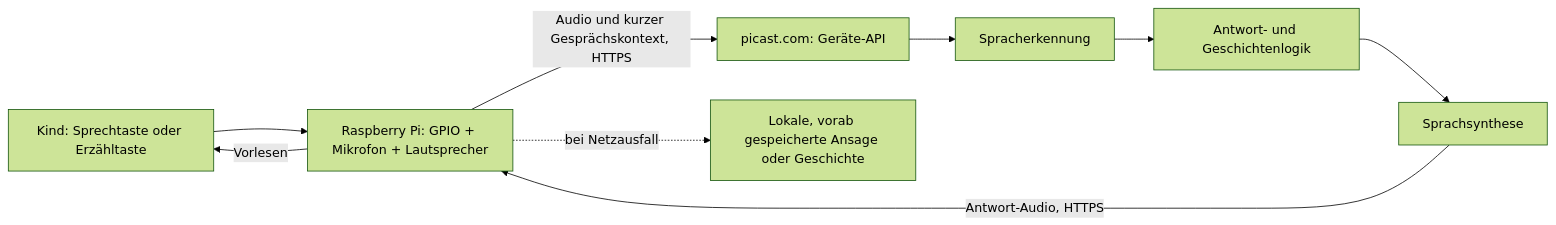
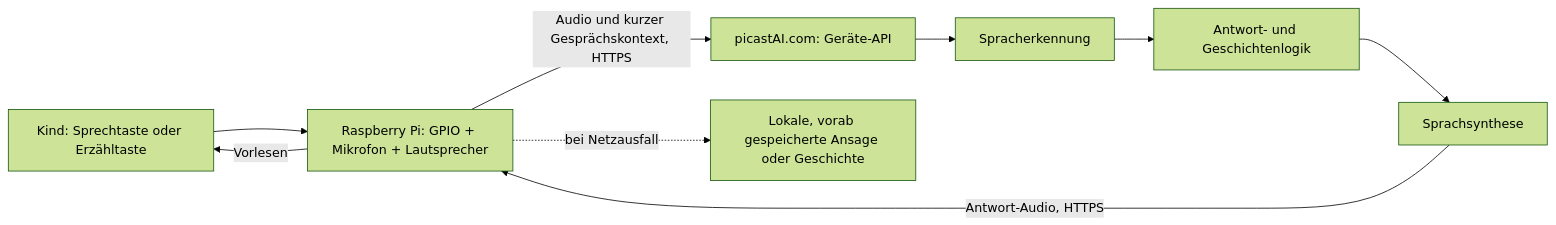
The diagram in docs/Ritter Kunibert – Softwarearchitektur für den Audio-Prototyp.md (manuelpicard/picastAI.com), drawn with Mermaid (forest theme) before and after one commit. The commit also changed other lines of this file and 6 other files, not shown here.

````diff
--- a/docs/Ritter Kunibert – Softwarearchitektur für den Audio-Prototyp.md
+++ b/docs/Ritter Kunibert – Softwarearchitektur für den Audio-Prototyp.md
@@ -11,11 +11,11 @@
 ```mermaid
 flowchart LR
     C[Kind: Sprechtaste oder Erzähltaste] --> P[Raspberry Pi: GPIO + Mikrofon + Lautsprecher]
-    P -->|Audio und kurzer Gesprächskontext, HTTPS| B[picast.com: Geräte-API]
+    P -->|Audio und kurzer Gesprächskontext, HTTPS| B[picastAI.com: Geräte-API]
     B --> S[Spracherkennung]
     S --> G[Antwort- und Geschichtenlogik]
     G --> V[Sprachsynthese]
     V -->|Antwort-Audio, HTTPS| P
     P -->|Vorlesen| C
     P -.->|bei Netzausfall| O[Lokale, vorab gespeicherte Ansage oder Geschichte]
 ```
````
